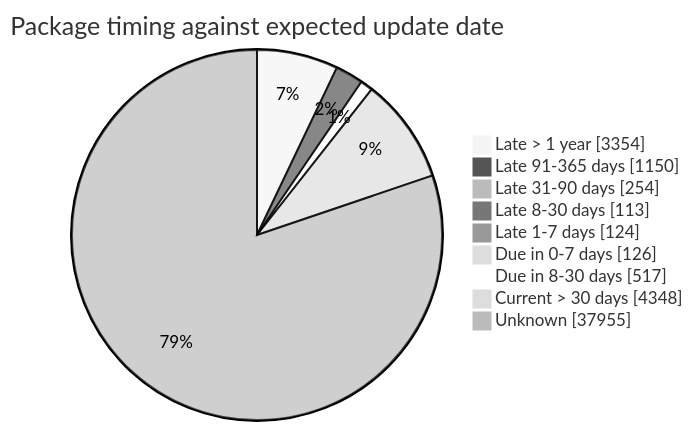
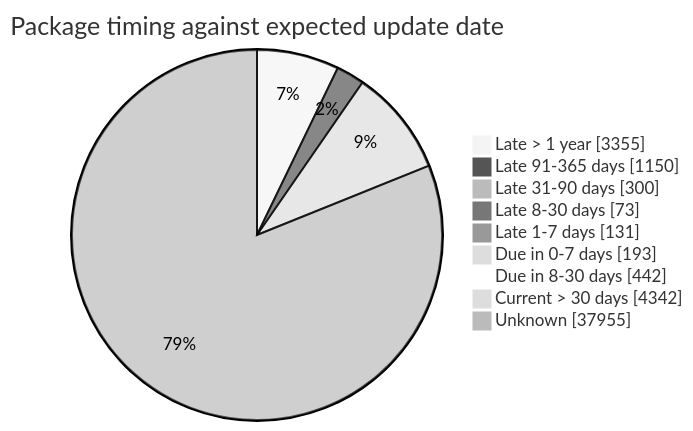
The fourth of 5 diagrams in FreshCheck/README.md (open-data/analytics-corporate-reporting), drawn with Mermaid (neutral theme) before and after one commit. The commit also changed other lines of this file and 3 other files, not shown here.

````diff
--- a/FreshCheck/README.md
+++ b/FreshCheck/README.md
@@ -86,12 +86,12 @@
 ```mermaid
 pie showData title Package timing against expected update date
-    "Late > 1 year": 3354
+    "Late > 1 year": 3355
     "Late 91-365 days": 1150
-    "Late 31-90 days": 254
-    "Late 8-30 days": 113
-    "Late 1-7 days": 124
-    "Due in 0-7 days": 126
-    "Due in 8-30 days": 517
-    "Current > 30 days": 4348
+    "Late 31-90 days": 300
+    "Late 8-30 days": 73
+    "Late 1-7 days": 131
+    "Due in 0-7 days": 193
+    "Due in 8-30 days": 442
+    "Current > 30 days": 4342
     "Unknown": 37955
 ```
````
